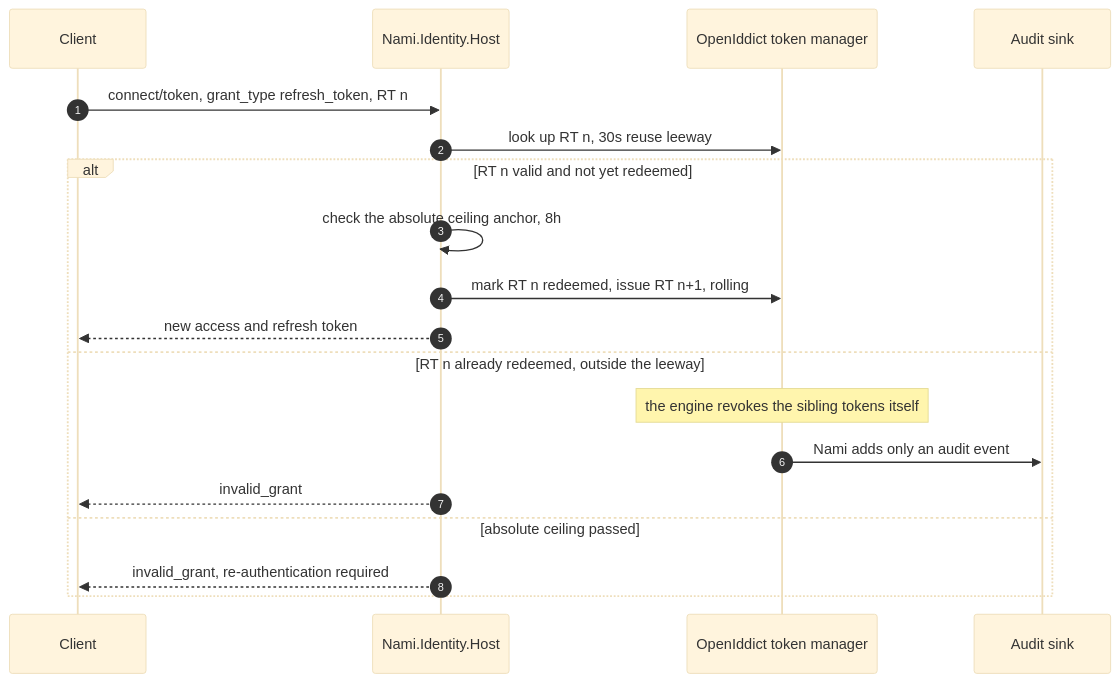
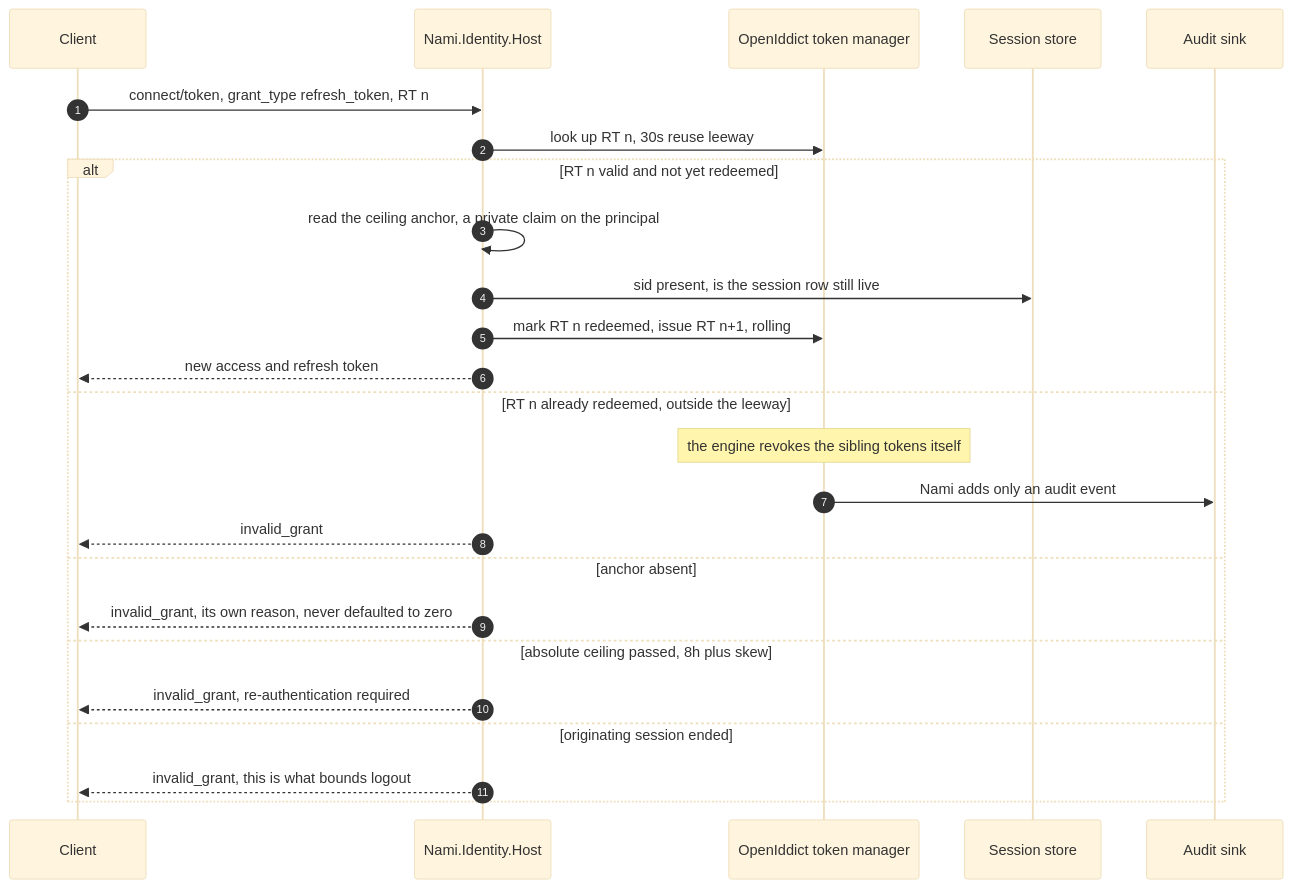
Diagram 11 of 16 in docs/architecture/09-runtime-flow-views.md (namphuongtran/nami), drawn with Mermaid (base theme) before and after one commit. The commit also changed other lines of this file and 10 other files, not shown here.

````diff
--- a/docs/architecture/09-runtime-flow-views.md
+++ b/docs/architecture/09-runtime-flow-views.md
@@ -491,21 +491,27 @@
 ```mermaid
 sequenceDiagram
   autonumber
   participant C as Client
   participant IDP as Nami.Identity.Host
   participant M as OpenIddict token manager
+  participant SS as Session store
   participant AU as Audit sink
   C->>IDP: connect/token, grant_type refresh_token, RT n
   IDP->>M: look up RT n, 30s reuse leeway
   alt RT n valid and not yet redeemed
-    IDP->>IDP: check the absolute ceiling anchor, 8h
+    IDP->>IDP: read the ceiling anchor, a private claim on the principal
+    IDP->>SS: sid present, is the session row still live
     IDP->>M: mark RT n redeemed, issue RT n+1, rolling
     IDP-->>C: new access and refresh token
   else RT n already redeemed, outside the leeway
     Note over M: the engine revokes the sibling tokens itself
     M->>AU: Nami adds only an audit event
     IDP-->>C: invalid_grant
-  else absolute ceiling passed
+  else anchor absent
+    IDP-->>C: invalid_grant, its own reason, never defaulted to zero
+  else absolute ceiling passed, 8h plus skew
     IDP-->>C: invalid_grant, re-authentication required
+  else originating session ended
+    IDP-->>C: invalid_grant, this is what bounds logout
   end
 ```
````
